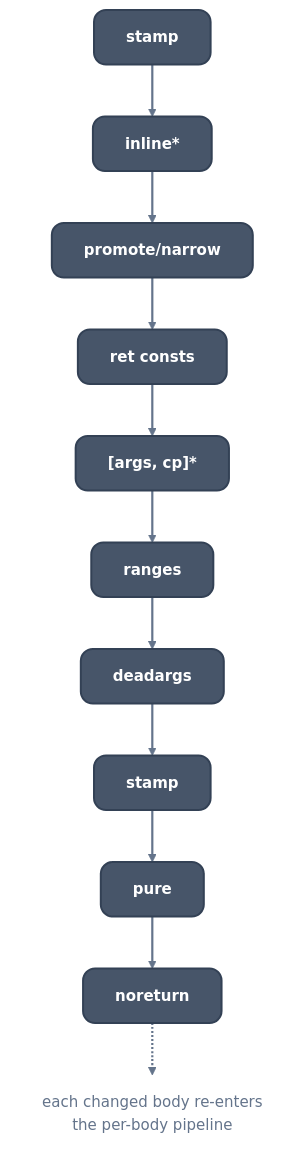
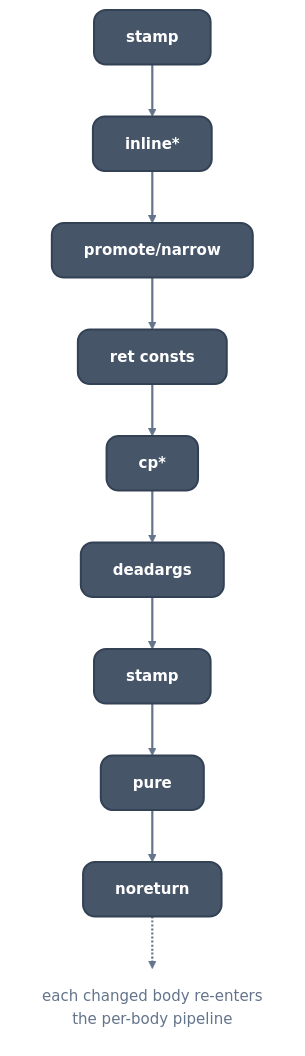
One commit to ali-mosavian/llrm changed the diagram in docs/optimizations/passes/interprocedural.md. Above: the diagram before and after it, drawn with Mermaid. The commit also changed other lines of this file and 12 other files, not shown here.

````diff
--- a/docs/optimizations/passes/interprocedural.md
+++ b/docs/optimizations/passes/interprocedural.md
@@ -55,28 +53,26 @@
 ```mermaid
 %%{init: {'theme':'base','themeVariables':{'fontFamily':'Segoe UI, Helvetica Neue, Arial, DejaVu Sans, sans-serif','fontSize':'15px','primaryColor':'#475569','primaryTextColor':'#ffffff','primaryBorderColor':'#334155','lineColor':'#64748b','secondaryColor':'#475569','tertiaryColor':'transparent','clusterBkg':'transparent','clusterBorder':'#64748b','edgeLabelBackground':'#334155','textColor':'#64748b','titleColor':'#64748b'},'flowchart':{'curve':'basis','nodeSpacing':38,'rankSpacing':52,'padding':16,'wrappingWidth':360,'htmlLabels':true,'useMaxWidth':true}}}%%
 flowchart TB
   classDef mid fill:#475569,stroke:#334155,stroke-width:2px,color:#ffffff,rx:12px,ry:12px
   classDef note fill:transparent,stroke:transparent,color:#64748b
   linkStyle default stroke:#64748b,stroke-width:2.2px
   st1["<b>stamp</b>"]:::mid
   inl["<b>inline*</b>"]:::mid
   pn["<b>promote/narrow</b>"]:::mid
   rc["<b>ret consts</b>"]:::mid
-  lp["<b>[args, cp]*</b>"]:::mid
-  rg["<b>ranges</b>"]:::mid
+  lp["<b>cp*</b>"]:::mid
   da["<b>deadargs</b>"]:::mid
   st2["<b>stamp</b>"]:::mid
   pu["<b>pure</b>"]:::mid
   nr["<b>noreturn</b>"]:::mid
   re["each changed body re-enters<br/>the per-body pipeline"]:::note
   st1 --> inl
   inl --> pn
   pn --> rc
   rc --> lp
-  lp --> rg
-  rg --> da
+  lp --> da
   da --> st2
   st2 --> pu
   pu --> nr
   nr -.-> re
 ```
````
